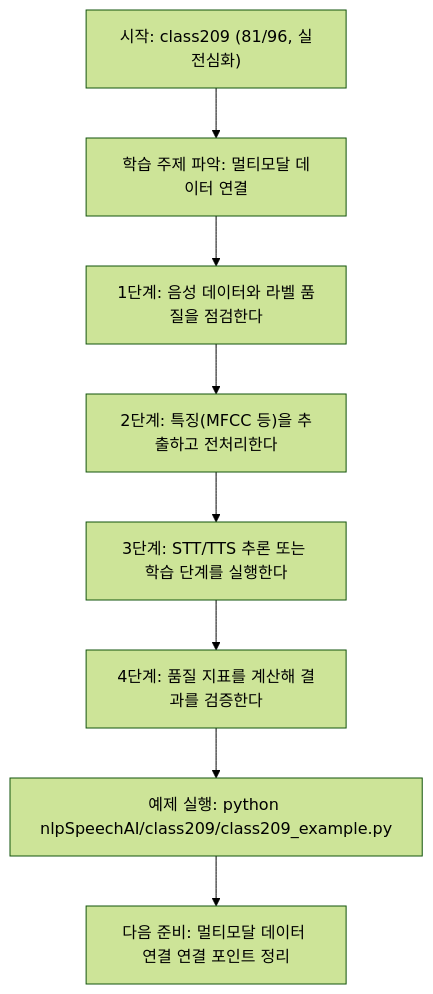
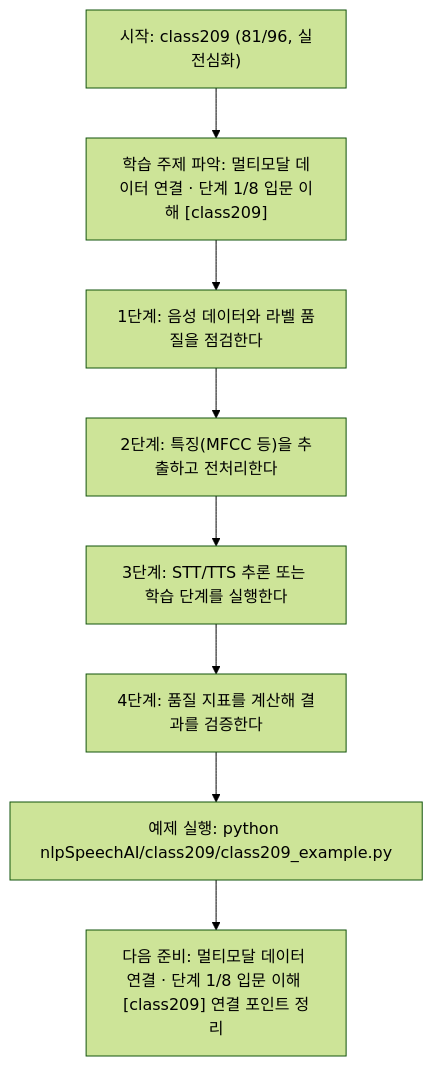
Before and after one commit to edumgt/Python-AI_Agent-Class: the diagram in nlpSpeechAI/class209/class209.md, drawn with Mermaid (forest theme). The commit also changed other lines of this file and 522 other files, not shown here.

````diff
--- a/nlpSpeechAI/class209/class209.md
+++ b/nlpSpeechAI/class209/class209.md
@@ -113,18 +114,18 @@
 ```mermaid
 flowchart TD
 N1["시작: class209 (81/96, 실전심화)"]
-N2["학습 주제 파악: 멀티모달 데이터 연결"]
+N2["학습 주제 파악: 멀티모달 데이터 연결 · 단계 1/8 입문 이해 [class209]"]
 N3["1단계: 음성 데이터와 라벨 품질을 점검한다"]
 N4["2단계: 특징(MFCC 등)을 추출하고 전처리한다"]
 N5["3단계: STT/TTS 추론 또는 학습 단계를 실행한다"]
 N6["4단계: 품질 지표를 계산해 결과를 검증한다"]
 N7["예제 실행: python nlpSpeechAI/class209/class209_example.py"]
-N8["다음 준비: 멀티모달 데이터 연결 연결 포인트 정리"]
+N8["다음 준비: 멀티모달 데이터 연결 · 단계 1/8 입문 이해 [class209] 연결 포인트 정리"]
 N1 --> N2
 N2 --> N3
 N3 --> N4
 N4 --> N5
 N5 --> N6
 N6 --> N7
 N7 --> N8
 ```
````
